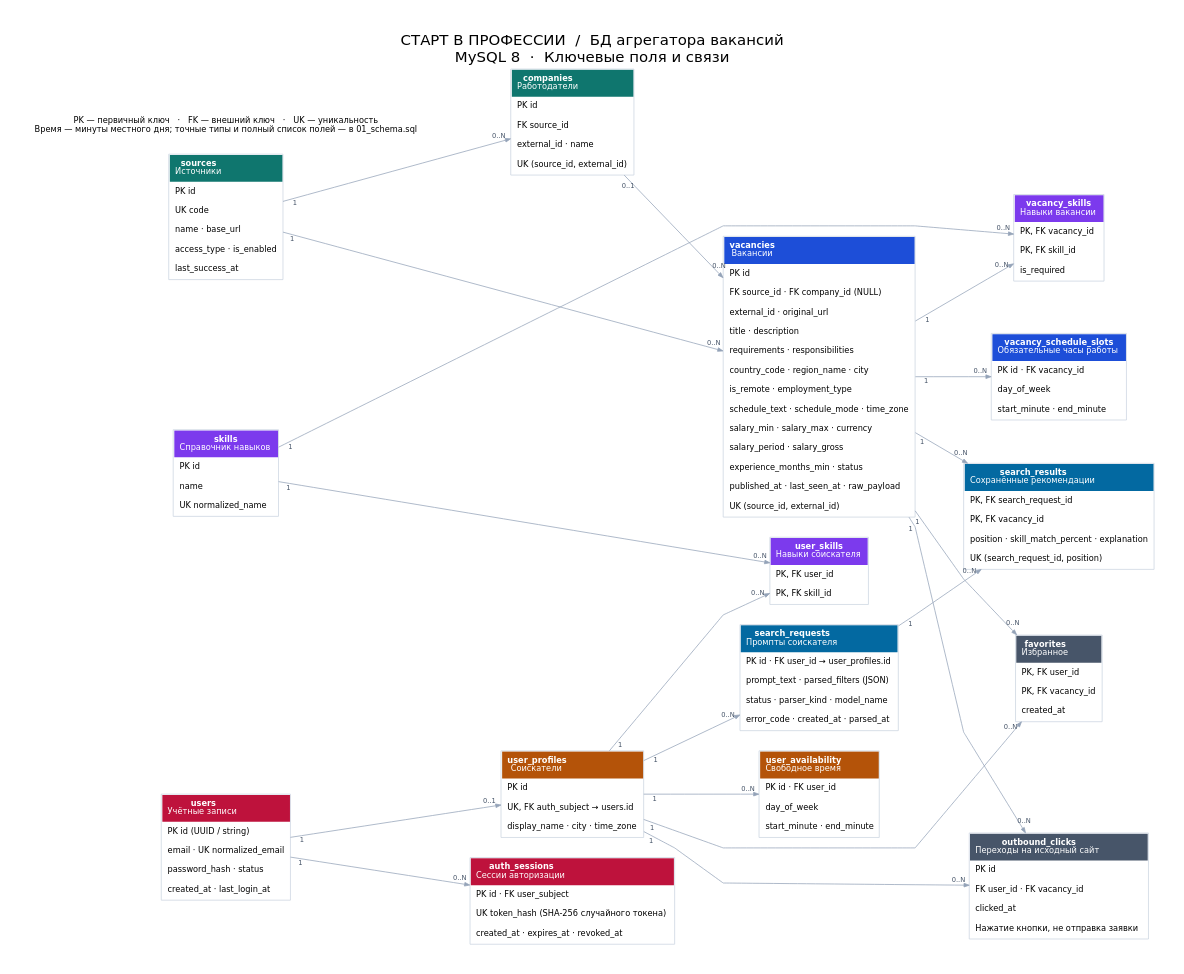
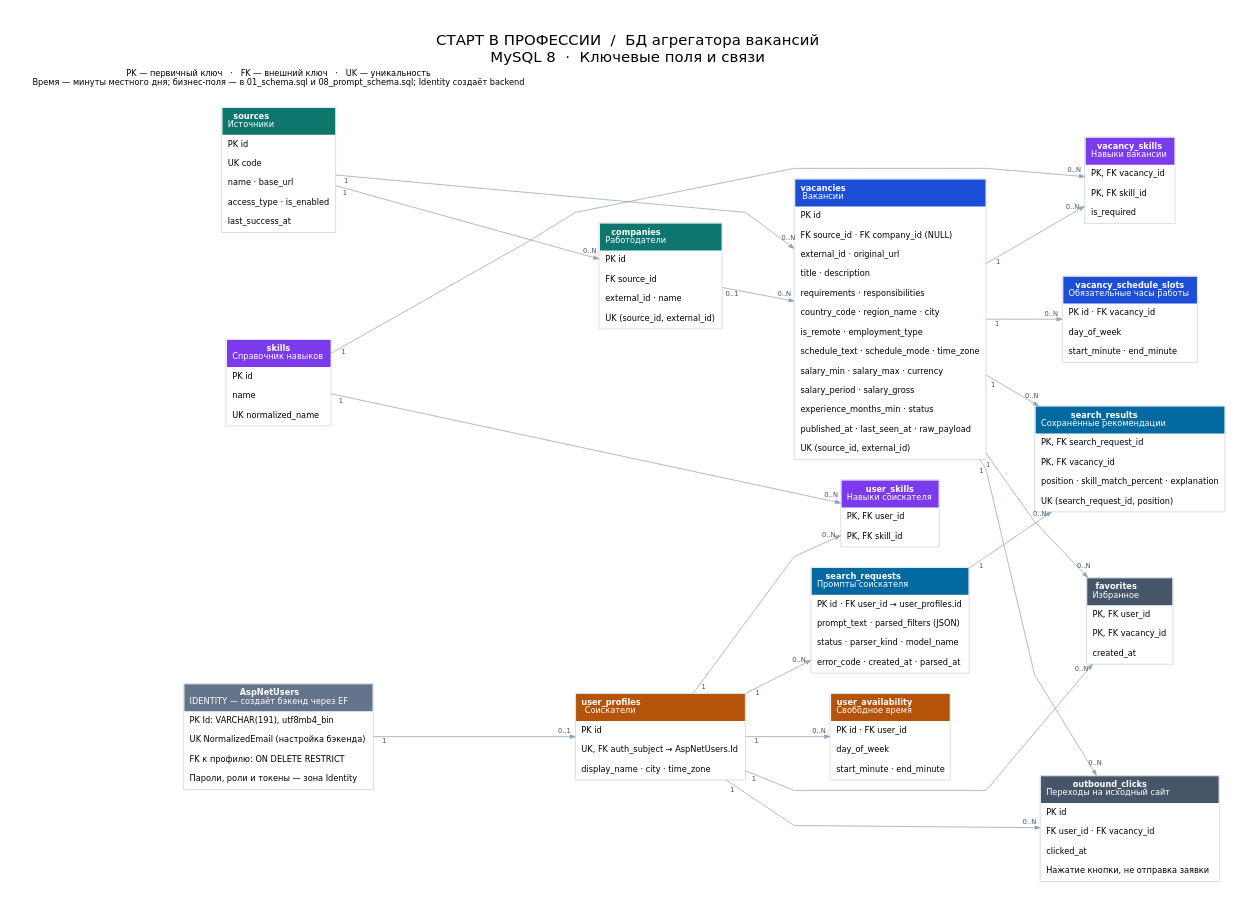
Before and after one commit to manhattanattack/hackaton-sql-scheme: the diagram in diagram.dot, drawn with Graphviz. The commit also changed 22 other files, not shown here.

First line of the commit message:
Согласовать проектируемую схему с требованиями Identity

```diff
--- a/diagram.dot
+++ b/diagram.dot
@@ -1,44 +1,42 @@
 digraph ER {
 graph [rankdir=LR, bgcolor="white", pad="0.45", nodesep="0.38", ranksep="0.9", splines=polyline,
 fontname="DejaVu Sans", fontsize=20, labelloc=t, label="СТАРТ В ПРОФЕССИИ  /  БД агрегатора вакансий\nMySQL 8  ·  Ключевые поля и связи"];
 node [shape=plain, fontname="DejaVu Sans", fontsize=11];
 edge [color="#94a3b8", arrowsize=0.7, fontname="DejaVu Sans", fontsize=9, fontcolor="#475569"];
 sources [label=<<TABLE BORDER="1" COLOR="#cbd5e1" CELLBORDER="0" CELLSPACING="0" CELLPADDING="7"><TR><TD BGCOLOR="#0f766e" ALIGN="LEFT"><FONT COLOR="white"><B>sources</B><BR/>Источники</FONT></TD></TR><TR><TD ALIGN="LEFT">PK id</TD></TR><TR><TD ALIGN="LEFT">UK code</TD></TR><TR><TD ALIGN="LEFT">name · base_url</TD></TR><TR><TD ALIGN="LEFT">access_type · is_enabled</TD></TR><TR><TD ALIGN="LEFT">last_success_at</TD></TR></TABLE>>];
 companies [label=<<TABLE BORDER="1" COLOR="#cbd5e1" CELLBORDER="0" CELLSPACING="0" CELLPADDING="7"><TR><TD BGCOLOR="#0f766e" ALIGN="LEFT"><FONT COLOR="white"><B>companies</B><BR/>Работодатели</FONT></TD></TR><TR><TD ALIGN="LEFT">PK id</TD></TR><TR><TD ALIGN="LEFT">FK source_id</TD></TR><TR><TD ALIGN="LEFT">external_id · name</TD></TR><TR><TD ALIGN="LEFT">UK (source_id, external_id)</TD></TR></TABLE>>];
 vacancies [label=<<TABLE BORDER="1" COLOR="#cbd5e1" CELLBORDER="0" CELLSPACING="0" CELLPADDING="7"><TR><TD BGCOLOR="#1d4ed8" ALIGN="LEFT"><FONT COLOR="white"><B>vacancies</B><BR/>Вакансии</FONT></TD></TR><TR><TD ALIGN="LEFT">PK id</TD></TR><TR><TD ALIGN="LEFT">FK source_id · FK company_id (NULL)</TD></TR><TR><TD ALIGN="LEFT">external_id · original_url</TD></TR><TR><TD ALIGN="LEFT">title · description</TD></TR><TR><TD ALIGN="LEFT">requirements · responsibilities</TD></TR><TR><TD ALIGN="LEFT">country_code · region_name · city</TD></TR><TR><TD ALIGN="LEFT">is_remote · employment_type</TD></TR><TR><TD ALIGN="LEFT">schedule_text · schedule_mode · time_zone</TD></TR><TR><TD ALIGN="LEFT">salary_min · salary_max · currency</TD></TR><TR><TD ALIGN="LEFT">salary_period · salary_gross</TD></TR><TR><TD ALIGN="LEFT">experience_months_min · status</TD></TR><TR><TD ALIGN="LEFT">published_at · last_seen_at · raw_payload</TD></TR><TR><TD ALIGN="LEFT">UK (source_id, external_id)</TD></TR></TABLE>>];
 vacancy_schedule_slots [label=<<TABLE BORDER="1" COLOR="#cbd5e1" CELLBORDER="0" CELLSPACING="0" CELLPADDING="7"><TR><TD BGCOLOR="#1d4ed8" ALIGN="LEFT"><FONT COLOR="white"><B>vacancy_schedule_slots</B><BR/>Обязательные часы работы</FONT></TD></TR><TR><TD ALIGN="LEFT">PK id · FK vacancy_id</TD></TR><TR><TD ALIGN="LEFT">day_of_week</TD></TR><TR><TD ALIGN="LEFT">start_minute · end_minute</TD></TR></TABLE>>];
 vacancy_skills [label=<<TABLE BORDER="1" COLOR="#cbd5e1" CELLBORDER="0" CELLSPACING="0" CELLPADDING="7"><TR><TD BGCOLOR="#7c3aed" ALIGN="LEFT"><FONT COLOR="white"><B>vacancy_skills</B><BR/>Навыки вакансии</FONT></TD></TR><TR><TD ALIGN="LEFT">PK, FK vacancy_id</TD></TR><TR><TD ALIGN="LEFT">PK, FK skill_id</TD></TR><TR><TD ALIGN="LEFT">is_required</TD></TR></TABLE>>];
 skills [label=<<TABLE BORDER="1" COLOR="#cbd5e1" CELLBORDER="0" CELLSPACING="0" CELLPADDING="7"><TR><TD BGCOLOR="#7c3aed" ALIGN="LEFT"><FONT COLOR="white"><B>skills</B><BR/>Справочник навыков</FONT></TD></TR><TR><TD ALIGN="LEFT">PK id</TD></TR><TR><TD ALIGN="LEFT">name</TD></TR><TR><TD ALIGN="LEFT">UK normalized_name</TD></TR></TABLE>>];
 user_skills [label=<<TABLE BORDER="1" COLOR="#cbd5e1" CELLBORDER="0" CELLSPACING="0" CELLPADDING="7"><TR><TD BGCOLOR="#7c3aed" ALIGN="LEFT"><FONT COLOR="white"><B>user_skills</B><BR/>Навыки соискателя</FONT></TD></TR><TR><TD ALIGN="LEFT">PK, FK user_id</TD></TR><TR><TD ALIGN="LEFT">PK, FK skill_id</TD></TR></TABLE>>];
-user_profiles [label=<<TABLE BORDER="1" COLOR="#cbd5e1" CELLBORDER="0" CELLSPACING="0" CELLPADDING="7"><TR><TD BGCOLOR="#b45309" ALIGN="LEFT"><FONT COLOR="white"><B>user_profiles</B><BR/>Соискатели</FONT></TD></TR><TR><TD ALIGN="LEFT">PK id</TD></TR><TR><TD ALIGN="LEFT">UK, FK auth_subject → users.id</TD></TR><TR><TD ALIGN="LEFT">display_name · city · time_zone</TD></TR></TABLE>>];
-users [label=<<TABLE BORDER="1" COLOR="#cbd5e1" CELLBORDER="0" CELLSPACING="0" CELLPADDING="7"><TR><TD BGCOLOR="#be123c" ALIGN="LEFT"><FONT COLOR="white"><B>users</B><BR/>Учётные записи</FONT></TD></TR><TR><TD ALIGN="LEFT">PK id (UUID / string)</TD></TR><TR><TD ALIGN="LEFT">email · UK normalized_email</TD></TR><TR><TD ALIGN="LEFT">password_hash · status</TD></TR><TR><TD ALIGN="LEFT">created_at · last_login_at</TD></TR></TABLE>>];
-auth_sessions [label=<<TABLE BORDER="1" COLOR="#cbd5e1" CELLBORDER="0" CELLSPACING="0" CELLPADDING="7"><TR><TD BGCOLOR="#be123c" ALIGN="LEFT"><FONT COLOR="white"><B>auth_sessions</B><BR/>Сессии авторизации</FONT></TD></TR><TR><TD ALIGN="LEFT">PK id · FK user_subject</TD></TR><TR><TD ALIGN="LEFT">UK token_hash (SHA-256 случайного токена)</TD></TR><TR><TD ALIGN="LEFT">created_at · expires_at · revoked_at</TD></TR></TABLE>>];
+user_profiles [label=<<TABLE BORDER="1" COLOR="#cbd5e1" CELLBORDER="0" CELLSPACING="0" CELLPADDING="7"><TR><TD BGCOLOR="#b45309" ALIGN="LEFT"><FONT COLOR="white"><B>user_profiles</B><BR/>Соискатели</FONT></TD></TR><TR><TD ALIGN="LEFT">PK id</TD></TR><TR><TD ALIGN="LEFT">UK, FK auth_subject → AspNetUsers.Id</TD></TR><TR><TD ALIGN="LEFT">display_name · city · time_zone</TD></TR></TABLE>>];
+AspNetUsers [label=<<TABLE BORDER="1" COLOR="#cbd5e1" CELLBORDER="0" CELLSPACING="0" CELLPADDING="7"><TR><TD BGCOLOR="#64748b" ALIGN="LEFT"><FONT COLOR="white"><B>AspNetUsers</B><BR/>IDENTITY — создаёт бэкенд через EF</FONT></TD></TR><TR><TD ALIGN="LEFT">PK Id: VARCHAR(191), utf8mb4_bin</TD></TR><TR><TD ALIGN="LEFT">UK NormalizedEmail (настройка бэкенда)</TD></TR><TR><TD ALIGN="LEFT">FK к профилю: ON DELETE RESTRICT</TD></TR><TR><TD ALIGN="LEFT">Пароли, роли и токены — зона Identity</TD></TR></TABLE>>];
 user_availability [label=<<TABLE BORDER="1" COLOR="#cbd5e1" CELLBORDER="0" CELLSPACING="0" CELLPADDING="7"><TR><TD BGCOLOR="#b45309" ALIGN="LEFT"><FONT COLOR="white"><B>user_availability</B><BR/>Свободное время</FONT></TD></TR><TR><TD ALIGN="LEFT">PK id · FK user_id</TD></TR><TR><TD ALIGN="LEFT">day_of_week</TD></TR><TR><TD ALIGN="LEFT">start_minute · end_minute</TD></TR></TABLE>>];
 favorites [label=<<TABLE BORDER="1" COLOR="#cbd5e1" CELLBORDER="0" CELLSPACING="0" CELLPADDING="7"><TR><TD BGCOLOR="#475569" ALIGN="LEFT"><FONT COLOR="white"><B>favorites</B><BR/>Избранное</FONT></TD></TR><TR><TD ALIGN="LEFT">PK, FK user_id</TD></TR><TR><TD ALIGN="LEFT">PK, FK vacancy_id</TD></TR><TR><TD ALIGN="LEFT">created_at</TD></TR></TABLE>>];
 outbound_clicks [label=<<TABLE BORDER="1" COLOR="#cbd5e1" CELLBORDER="0" CELLSPACING="0" CELLPADDING="7"><TR><TD BGCOLOR="#475569" ALIGN="LEFT"><FONT COLOR="white"><B>outbound_clicks</B><BR/>Переходы на исходный сайт</FONT></TD></TR><TR><TD ALIGN="LEFT">PK id</TD></TR><TR><TD ALIGN="LEFT">FK user_id · FK vacancy_id</TD></TR><TR><TD ALIGN="LEFT">clicked_at</TD></TR><TR><TD ALIGN="LEFT">Нажатие кнопки, не отправка заявки</TD></TR></TABLE>>];
 search_requests [label=<<TABLE BORDER="1" COLOR="#cbd5e1" CELLBORDER="0" CELLSPACING="0" CELLPADDING="7"><TR><TD BGCOLOR="#0369a1" ALIGN="LEFT"><FONT COLOR="white"><B>search_requests</B><BR/>Промпты соискателя</FONT></TD></TR><TR><TD ALIGN="LEFT">PK id · FK user_id → user_profiles.id</TD></TR><TR><TD ALIGN="LEFT">prompt_text · parsed_filters (JSON)</TD></TR><TR><TD ALIGN="LEFT">status · parser_kind · model_name</TD></TR><TR><TD ALIGN="LEFT">error_code · created_at · parsed_at</TD></TR></TABLE>>];
 search_results [label=<<TABLE BORDER="1" COLOR="#cbd5e1" CELLBORDER="0" CELLSPACING="0" CELLPADDING="7"><TR><TD BGCOLOR="#0369a1" ALIGN="LEFT"><FONT COLOR="white"><B>search_results</B><BR/>Сохранённые рекомендации</FONT></TD></TR><TR><TD ALIGN="LEFT">PK, FK search_request_id</TD></TR><TR><TD ALIGN="LEFT">PK, FK vacancy_id</TD></TR><TR><TD ALIGN="LEFT">position · skill_match_percent · explanation</TD></TR><TR><TD ALIGN="LEFT">UK (search_request_id, position)</TD></TR></TABLE>>];
-users -> user_profiles [taillabel="1", headlabel="0..1", labeldistance=1.6];
-users -> auth_sessions [taillabel="1", headlabel="0..N", labeldistance=1.6];
+AspNetUsers -> user_profiles [taillabel="1", headlabel="0..1", labeldistance=1.6];
 sources -> companies [taillabel="1", headlabel="0..N", labeldistance=1.6];
 sources -> vacancies [taillabel="1", headlabel="0..N", labeldistance=1.6];
 companies -> vacancies [taillabel="0..1", headlabel="0..N", labeldistance=1.6];
 vacancies -> vacancy_schedule_slots [taillabel="1", headlabel="0..N", labeldistance=1.6];
 vacancies -> vacancy_skills [taillabel="1", headlabel="0..N", labeldistance=1.6];
 skills -> vacancy_skills [taillabel="1", headlabel="0..N", labeldistance=1.6];
 skills -> user_skills [taillabel="1", headlabel="0..N", labeldistance=1.6];
 user_profiles -> user_skills [taillabel="1", headlabel="0..N", labeldistance=1.6];
 user_profiles -> user_availability [taillabel="1", headlabel="0..N", labeldistance=1.6];
 user_profiles -> favorites [taillabel="1", headlabel="0..N", labeldistance=1.6];
 vacancies -> favorites [taillabel="1", headlabel="0..N", labeldistance=1.6];
 user_profiles -> outbound_clicks [taillabel="1", headlabel="0..N", labeldistance=1.6];
 vacancies -> outbound_clicks [taillabel="1", headlabel="0..N", labeldistance=1.6];
 user_profiles -> search_requests [taillabel="1", headlabel="0..N", labeldistance=1.6];
 search_requests -> search_results [taillabel="1", headlabel="0..N", labeldistance=1.6];
 vacancies -> search_results [taillabel="1", headlabel="0..N", labeldistance=1.6];
-{rank=same; users; sources; skills;}
-{rank=same; companies; user_profiles; auth_sessions;}
+{rank=same; AspNetUsers; sources; skills;}
+{rank=same; companies; user_profiles;}
 {rank=same; vacancies; user_skills; user_availability; search_requests;}
 {rank=same; vacancy_skills; vacancy_schedule_slots; favorites; outbound_clicks; search_results;}
-legend [shape=plain, label="PK — первичный ключ   ·   FK — внешний ключ   ·   UK — уникальность\nВремя — минуты местного дня; точные типы и полный список полей — в 01_schema.sql"];
+legend [shape=plain, label="PK — первичный ключ   ·   FK — внешний ключ   ·   UK — уникальность\nВремя — минуты местного дня; бизнес-поля — в 01_schema.sql и 08_prompt_schema.sql; Identity создаёт backend"];
 }
```
